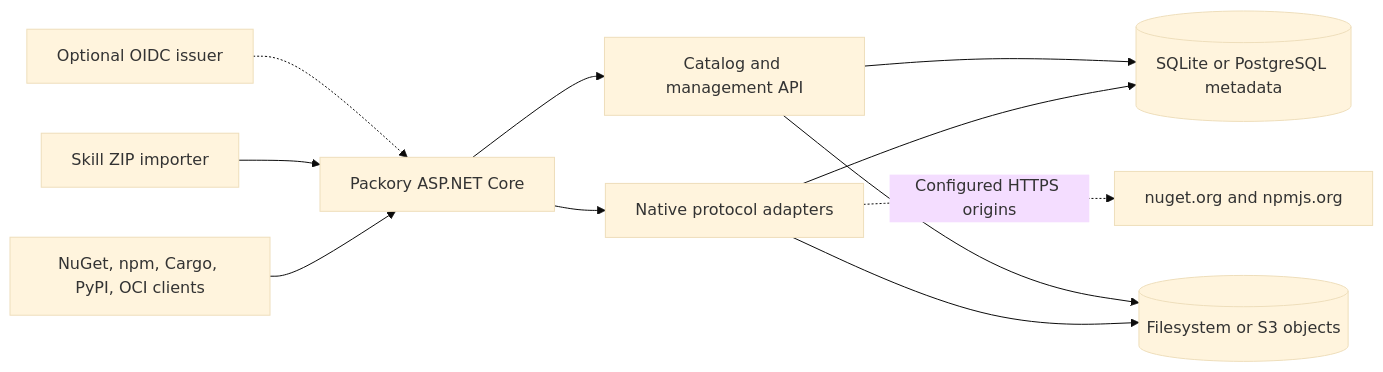
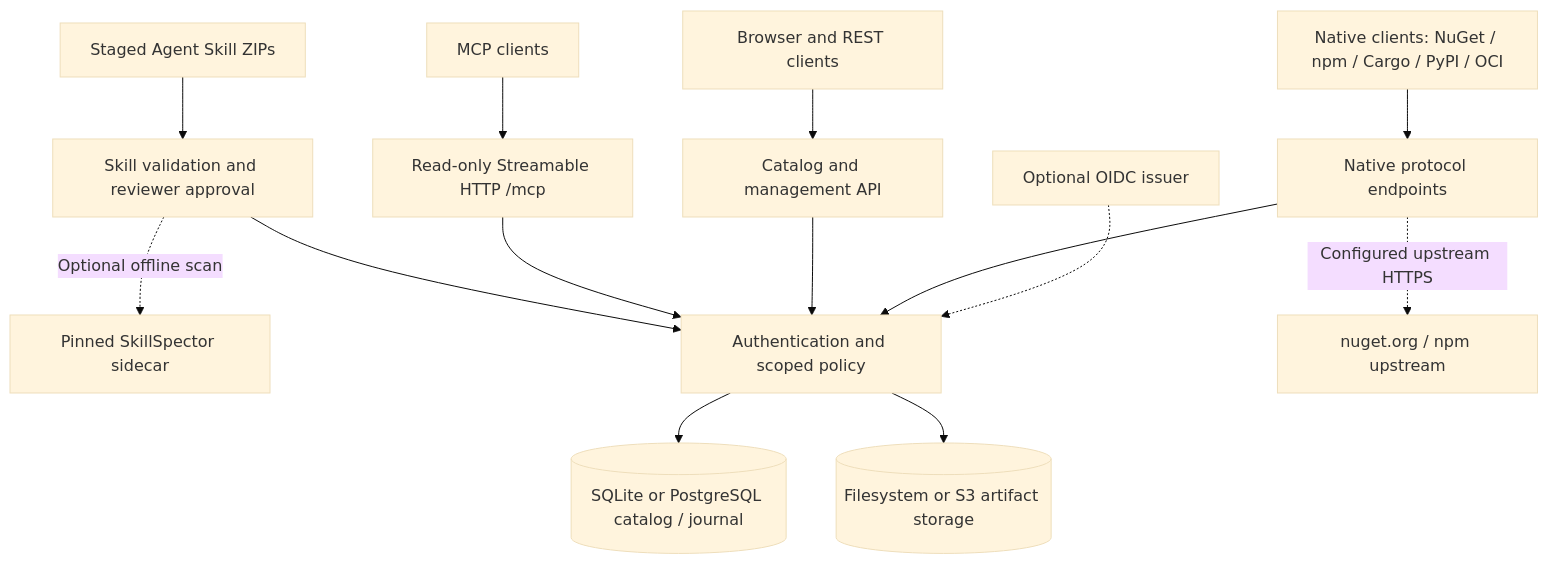
One commit to Cenn0/Packory changed the diagram in README.md. Above: the diagram before and after it, drawn with Mermaid (base theme). The commit also changed other lines of this file, not shown here.

Commit message:
docs: align README with implemented architecture and verified limits

````diff
--- a/README.md
+++ b/README.md
@@ -78,13 +79,16 @@
 ```mermaid
-flowchart LR
-  C[NuGet, npm, Cargo, PyPI, OCI clients] --> A[Packory ASP.NET Core]
-  K[Skill ZIP importer] --> A
-  O[Optional OIDC issuer] -.-> A
-  A --> N[Native protocol adapters]
-  A --> M[Catalog and management API]
-  N --> D[(SQLite or PostgreSQL metadata)]
-  M --> D
-  N --> B[(Filesystem or S3 objects)]
-  M --> B
-  N -.->|Configured HTTPS origins| U[nuget.org and npmjs.org]
+flowchart TB
+  C["Native clients: NuGet / npm / Cargo / PyPI / OCI"] --> A["Native protocol endpoints"]
+  B["Browser and REST clients"] --> M["Catalog and management API"]
+  X["MCP clients"] --> R["Read-only Streamable HTTP /mcp"]
+  K["Staged Agent Skill ZIPs"] --> V["Skill validation and reviewer approval"]
+  V -.->|"Optional offline scan"| W["Pinned SkillSpector sidecar"]
+  I["Optional OIDC issuer"] -.-> P["Authentication and scoped policy"]
+  A --> P
+  M --> P
+  R --> P
+  V --> P
+  P --> D[("SQLite or PostgreSQL catalog / journal")]
+  P --> S[("Filesystem or S3 artifact storage")]
+  A -.->|"Configured upstream HTTPS"| U["nuget.org / npm upstream"]
 ```
````
